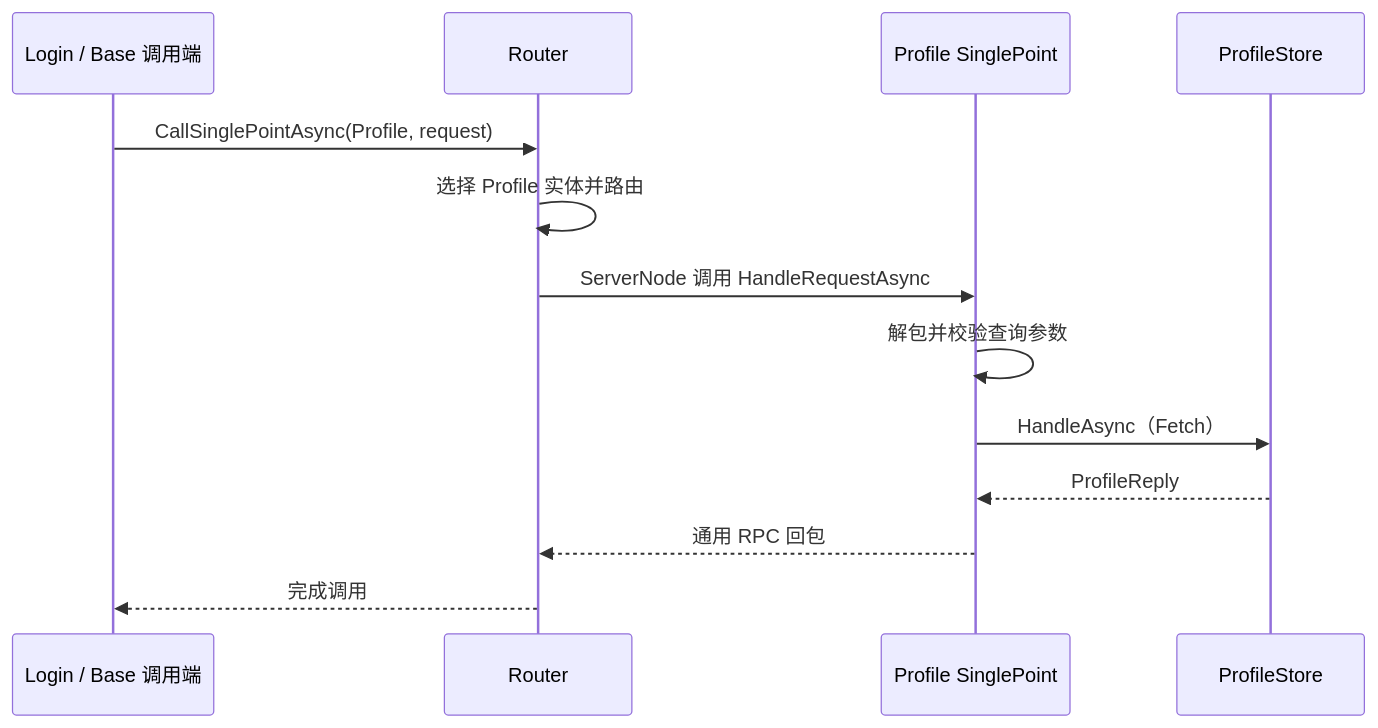
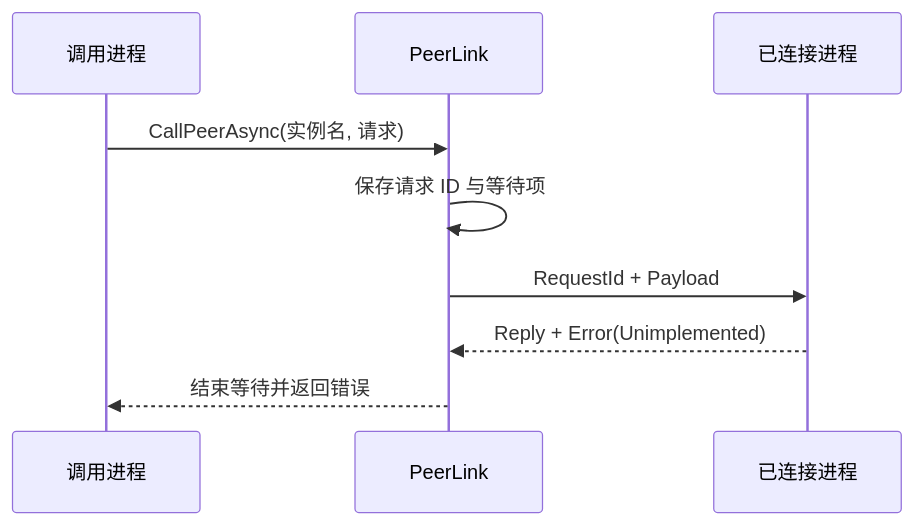
Before and after one commit to enuquak/TGame: the diagram in docs/代码Review路径.md, drawn with Mermaid. The commit also changed other lines of this file and 71 other files, not shown here.

Commit message:
移除 SinglePoint 并收敛为进程基础框架

````diff
--- a/docs/代码Review路径.md
+++ b/docs/代码Review路径.md
@@ -120,15 +56,11 @@
 ```mermaid
 sequenceDiagram
-    participant L as Login / Base 调用端
-    participant R as Router
-    participant P as Profile SinglePoint
-    participant S as ProfileStore
-    L->>R: CallSinglePointAsync(Profile, request)
-    R->>R: 选择 Profile 实体并路由
-    R->>P: ServerNode 调用 HandleRequestAsync
-    P->>P: 解包并校验查询参数
-    P->>S: HandleAsync（Fetch）
-    S-->>P: ProfileReply
-    P-->>R: 通用 RPC 回包
-    R-->>L: 完成调用
+    participant A as 调用进程
+    participant L as PeerLink
+    participant B as 已连接进程
+    A->>L: CallPeerAsync(实例名, 请求)
+    L->>L: 保存请求 ID 与等待项
+    L->>B: RequestId + Payload
+    B-->>L: Reply + Error(Unimplemented)
+    L-->>A: 结束等待并返回错误
 ```
````
